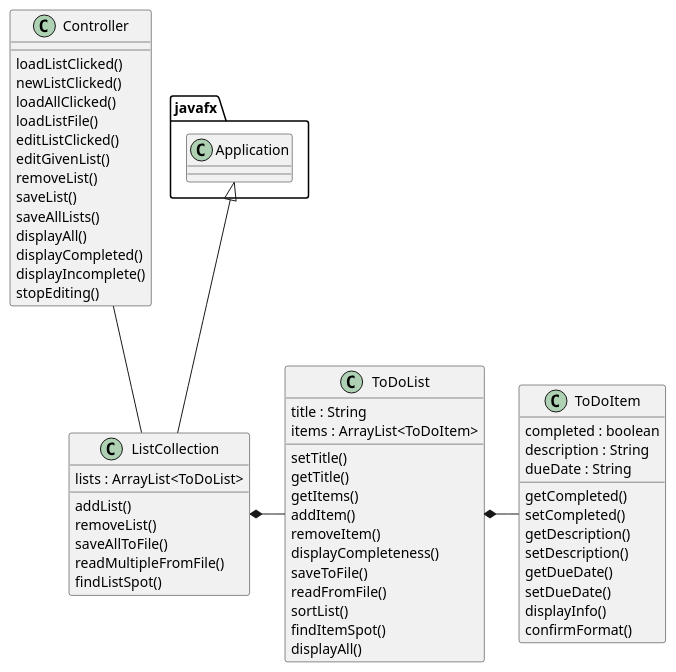
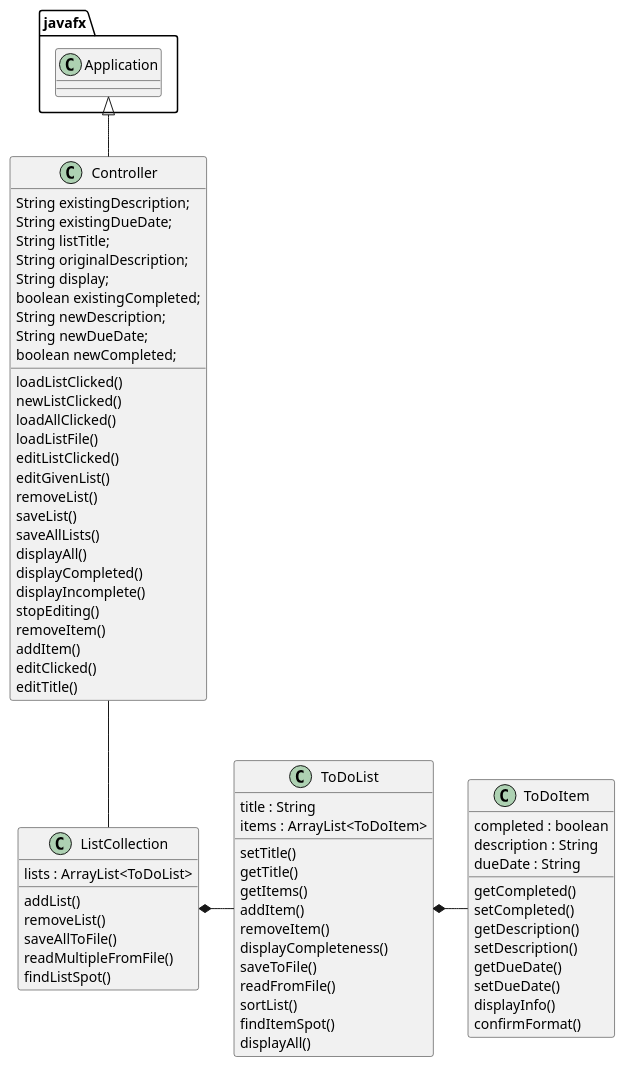
The diagram in uml/ToDoListManager.puml (ehraiford/raiford-cop3330-assignment4part2), drawn with PlantUML before and after one commit. The commit also changed 6 other files, not shown here.

```diff
--- a/uml/ToDoListManager.puml
+++ b/uml/ToDoListManager.puml
@@ -1,68 +1,81 @@
 @startuml
 'https://plantuml.com/class-diagram
 ToDoList*-ToDoItem
 ListCollection*-ToDoList
-javafx.Application<|-- ListCollection
+javafx.Application<|-- Controller
 Controller-- ListCollection
 
 class Controller{
+
+    String existingDescription;
+    String existingDueDate;
+    String listTitle;
+    String originalDescription;
+    String display;
+    boolean existingCompleted;
+    String newDescription;
+    String newDueDate;
+    boolean newCompleted;
 
     loadListClicked()
     newListClicked()
     loadAllClicked()
     loadListFile()
     editListClicked()
     editGivenList()
     removeList()
     saveList()
     saveAllLists()
     displayAll()
     displayCompleted()
     displayIncomplete()
     stopEditing()
-
+    removeItem()
+    addItem()
+    editClicked()
+    editTitle()
 
 }
 class ListCollection{
     lists : ArrayList<ToDoList>
 
     addList()
     removeList()
     saveAllToFile()
     readMultipleFromFile()
     findListSpot()
 }
 
 class ToDoList{
     title : String
     items : ArrayList<ToDoItem>
 
     setTitle()
     getTitle()
     getItems()
     addItem()
     removeItem()
     displayCompleteness()
     saveToFile()
     readFromFile()
     sortList()
     findItemSpot()
     displayAll()
 }
 
 class ToDoItem{
     completed : boolean
     description : String
     dueDate : String
 
     getCompleted()
     setCompleted()
     getDescription()
     setDescription()
     getDueDate()
     setDueDate()
     displayInfo()
     confirmFormat()
 }
 
 @enduml
```
